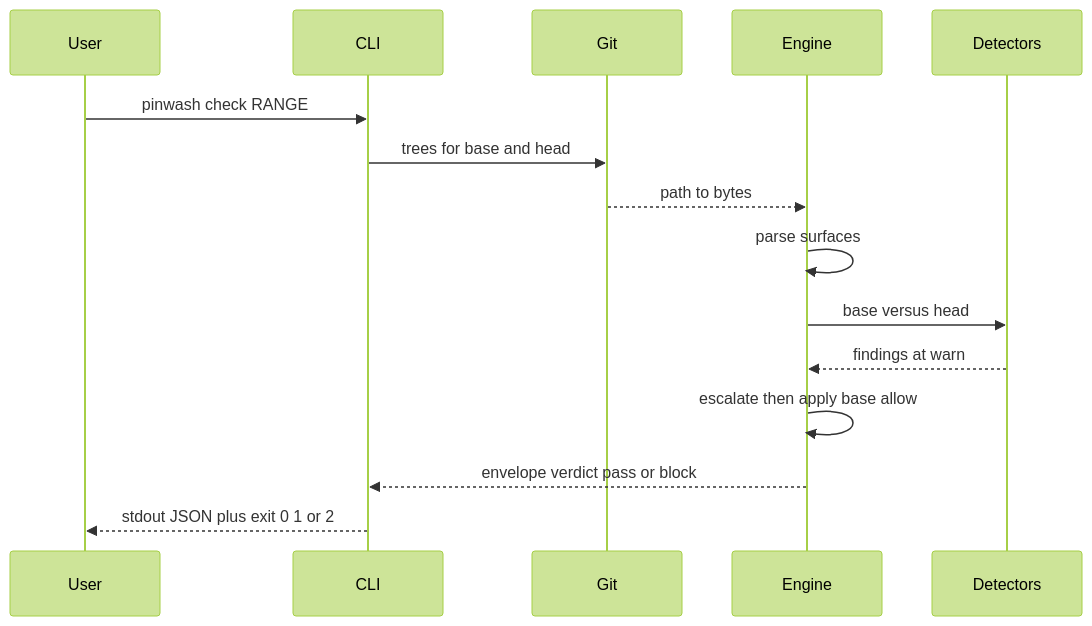
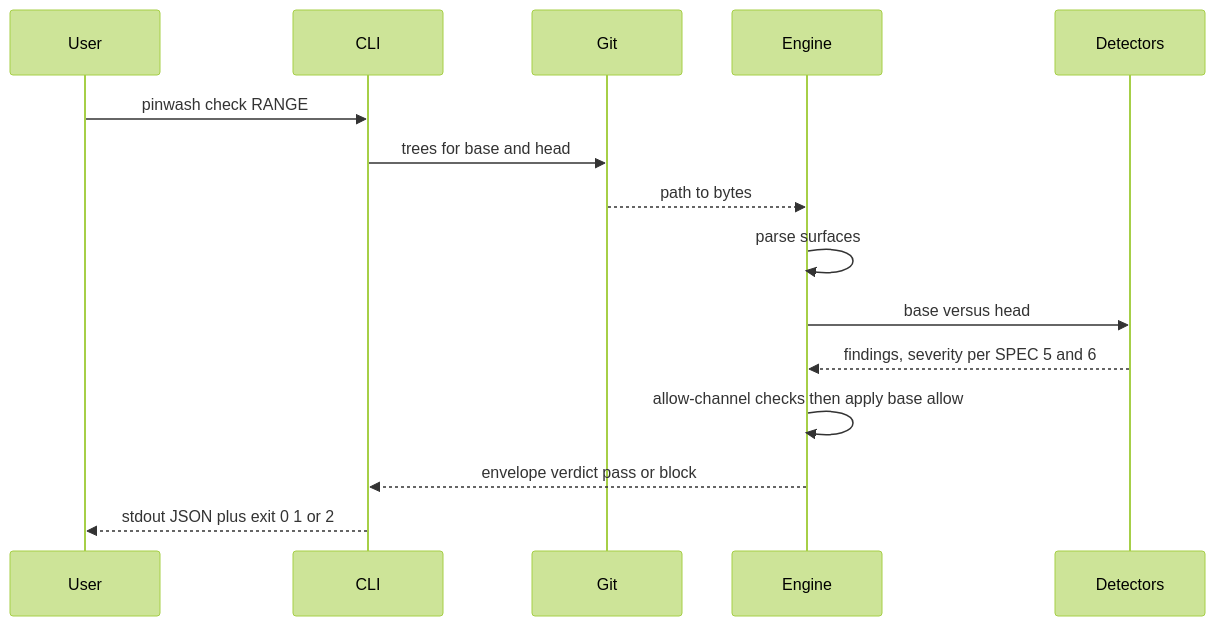
One commit to taipei49314/pinwash changed the third of 3 diagrams in ARCHITECTURE.md. Above: the diagram before and after it, drawn with Mermaid (forest theme). The commit also changed other lines of this file and 2 other files, not shown here.

First line of the commit message:
docs: sync ARCHITECTURE, THREATMODEL and README to spec 11 and the fidelity fixes (no spec bump)

````diff
--- a/ARCHITECTURE.md
+++ b/ARCHITECTURE.md
@@ -119,17 +121,17 @@
 ```mermaid
 sequenceDiagram
   participant User
   participant CLI
   participant Git
   participant Engine
   participant Detectors
   User->>CLI: pinwash check RANGE
   CLI->>Git: trees for base and head
   Git-->>Engine: path to bytes
   Engine->>Engine: parse surfaces
   Engine->>Detectors: base versus head
-  Detectors-->>Engine: findings at warn
-  Engine->>Engine: escalate then apply base allow
+  Detectors-->>Engine: findings, severity per SPEC 5 and 6
+  Engine->>Engine: allow-channel checks then apply base allow
   Engine-->>CLI: envelope verdict pass or block
   CLI-->>User: stdout JSON plus exit 0 1 or 2
 ```
````
